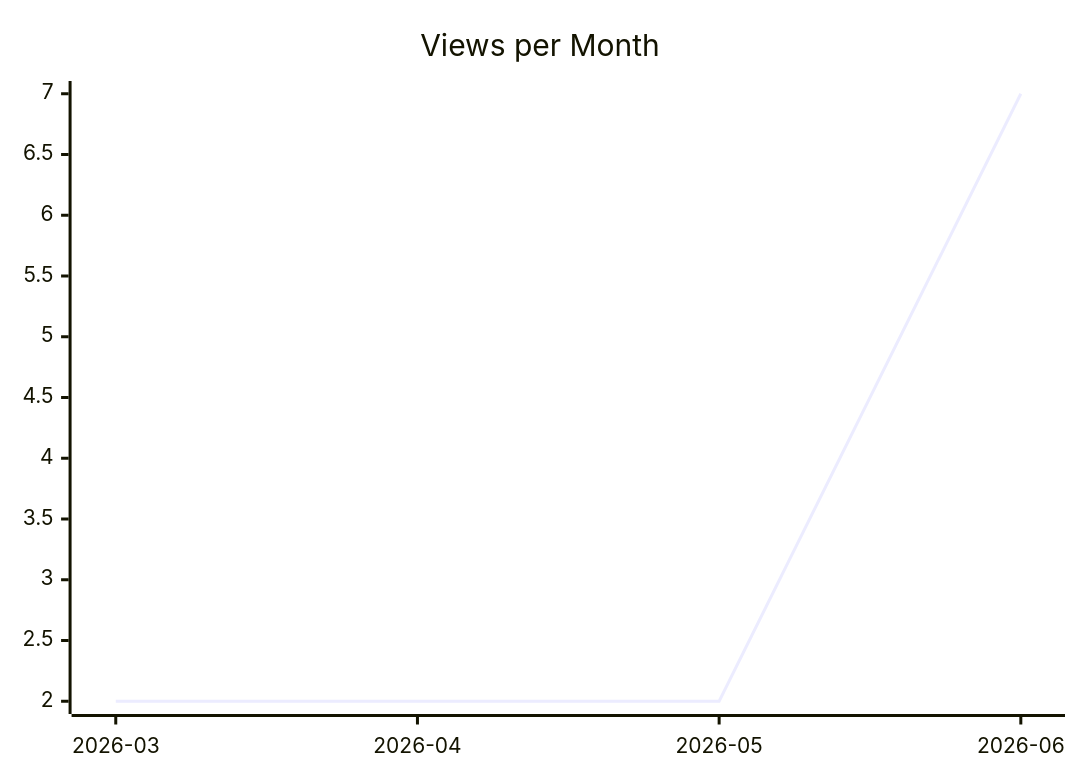
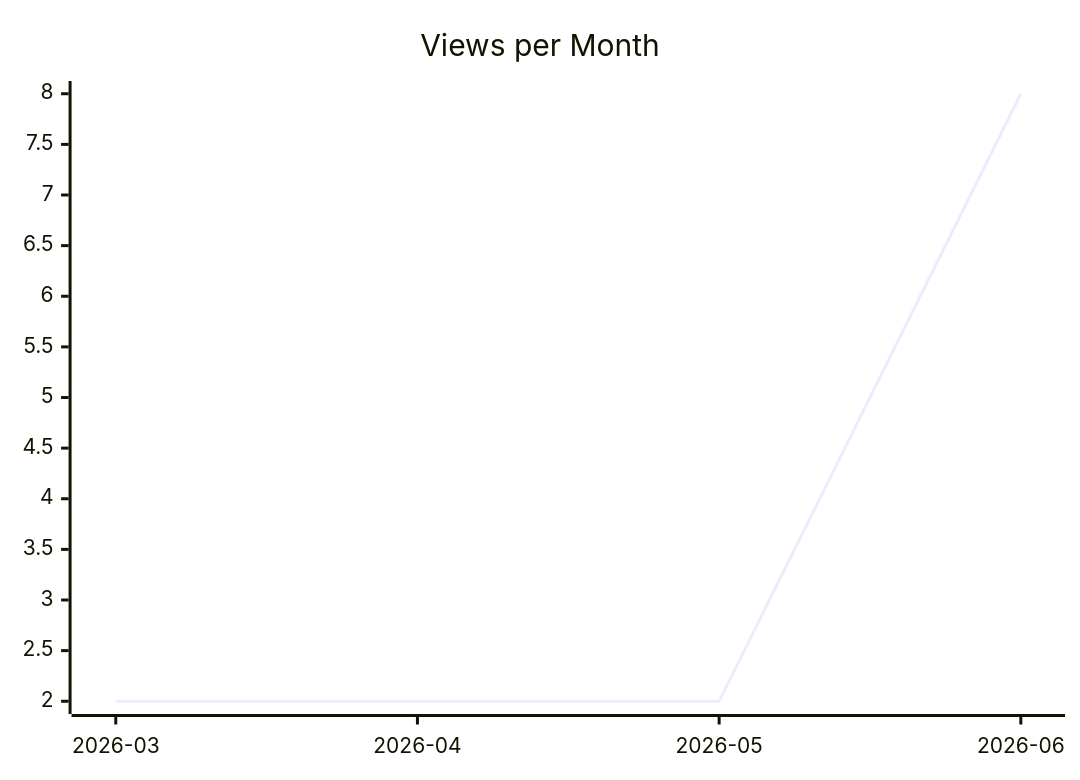
Before and after one commit to justdavis-family/github-analytics-data: the second of 3 diagrams in karlmdavis/ansible-role-jenkins2/README.md, drawn with Mermaid. The commit also changed other lines of this file and 201 other files, not shown here.

````diff
--- a/karlmdavis/ansible-role-jenkins2/README.md
+++ b/karlmdavis/ansible-role-jenkins2/README.md
@@ -12,6 +12,6 @@
 ```mermaid
 xychart-beta
   title "Views per Month"
   x-axis ["2026-03", "2026-04", "2026-05", "2026-06"]
-  line [2, 2, 2, 7]
+  line [2, 2, 2, 8]
 ```
````
